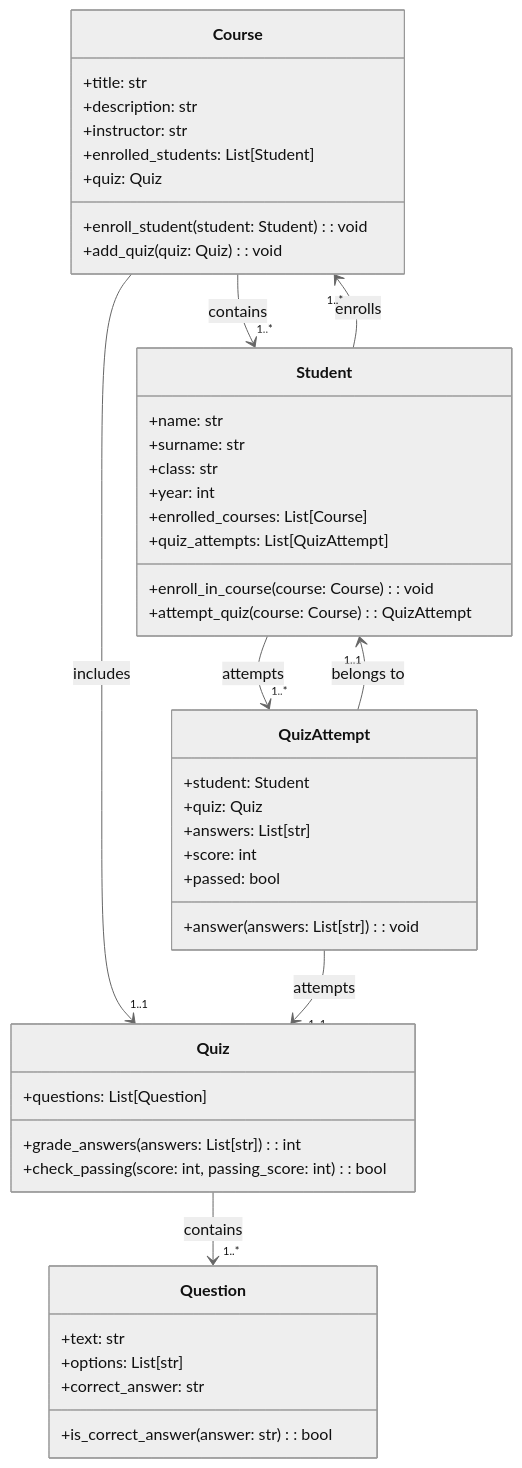
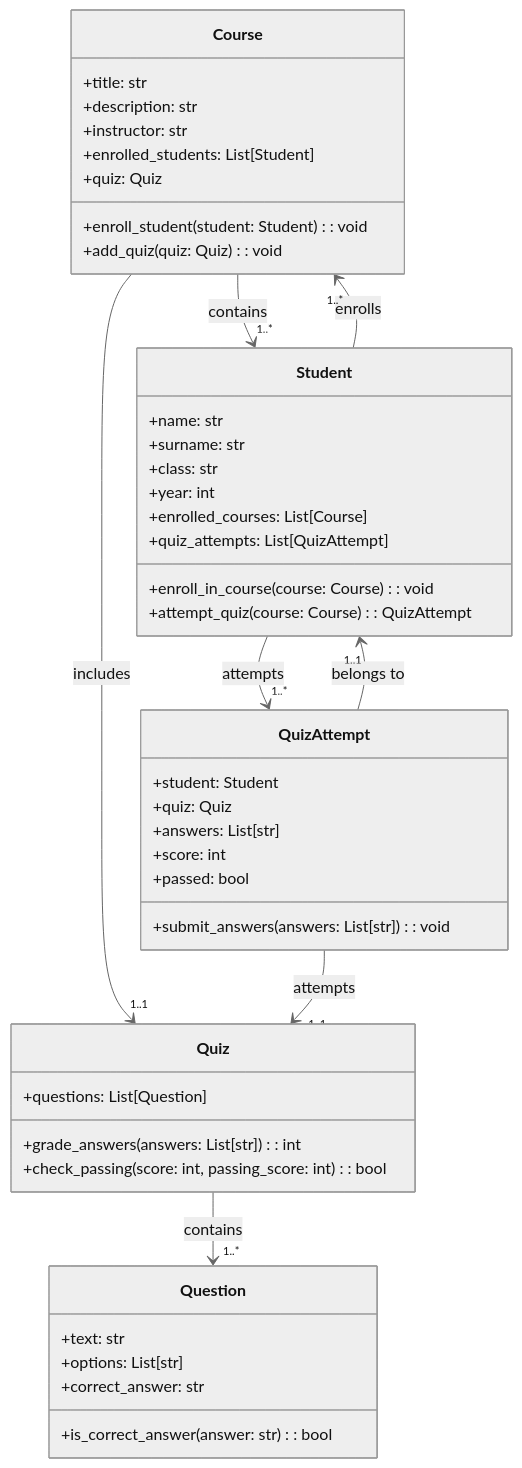
The diagram in Computer_science/New_Python_exercises/Exercises_with_MarmaidJS/Pontellini_031.md (LucaPontellini/Homepage), drawn with Mermaid (neutral theme) before and after one commit. The commit also changed 1 other file, not shown here.

````diff
--- a/Computer_science/New_Python_exercises/Exercises_with_MarmaidJS/Pontellini_031.md
+++ b/Computer_science/New_Python_exercises/Exercises_with_MarmaidJS/Pontellini_031.md
@@ -17,53 +17,53 @@
 ```mermaid
 classDiagram
     class Course {
         +title: str
         +description: str
         +instructor: str
         +enrolled_students: List[Student]
         +quiz: Quiz
         +enroll_student(student: Student): void
         +add_quiz(quiz: Quiz): void
     }
 
     class Student {
         +name: str
         +surname: str
         +class: str
         +year: int
         +enrolled_courses: List[Course]
         +quiz_attempts: List[QuizAttempt]
         +enroll_in_course(course: Course): void
         +attempt_quiz(course: Course): QuizAttempt
     }
 
     class Quiz {
         +questions: List[Question]
         +grade_answers(answers: List[str]): int
         +check_passing(score: int, passing_score: int): bool
     }
 
     class Question {
         +text: str
         +options: List[str]
         +correct_answer: str
         +is_correct_answer(answer: str): bool
     }
 
     class QuizAttempt {
         +student: Student
         +quiz: Quiz
         +answers: List[str]
         +score: int
         +passed: bool
-        +answer(answers: List[str]): void
+        +submit_answers(answers: List[str]): void
     }
 
     Course --> "1..*" Student : contains
     Course --> "1..1" Quiz : includes
     Student --> "1..*" Course : enrolls
     Student --> "1..*" QuizAttempt : attempts
     Quiz --> "1..*" Question : contains
     QuizAttempt --> "1..1" Student : belongs to
     QuizAttempt --> "1..1" Quiz : attempts
 ```
````
